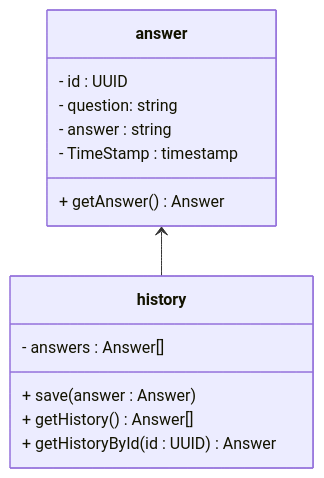
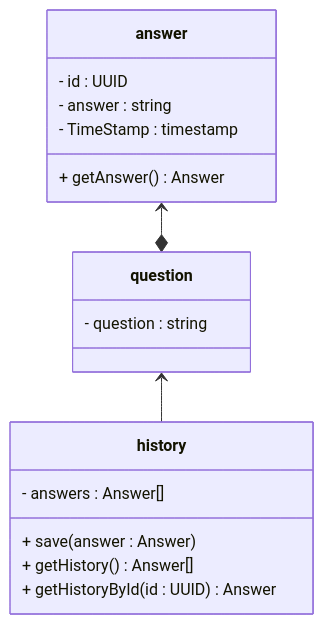
The seventh of 7 diagrams in readme.md (TheGreatShan/GPT-Cli), drawn with Mermaid before and after one commit. The commit also changed other lines of this file and 1 other file, not shown here.

````diff
--- a/readme.md
+++ b/readme.md
@@ -136,18 +158,21 @@
 ```mermaid
 classDiagram
+  class question{
+    - question : string
+  }
   class answer{
     - id : UUID
-    - question: string
     - answer : string
     - TimeStamp : timestamp
     + getAnswer() Answer
   }
   class history{
     - answers : Answer[]
     + save(answer : Answer)
     + getHistory() Answer[]
     + getHistoryById(id : UUID) Answer
   }
 
-  answer <-- history
+  question <-- history
+  answer <--* question
 ```
````
